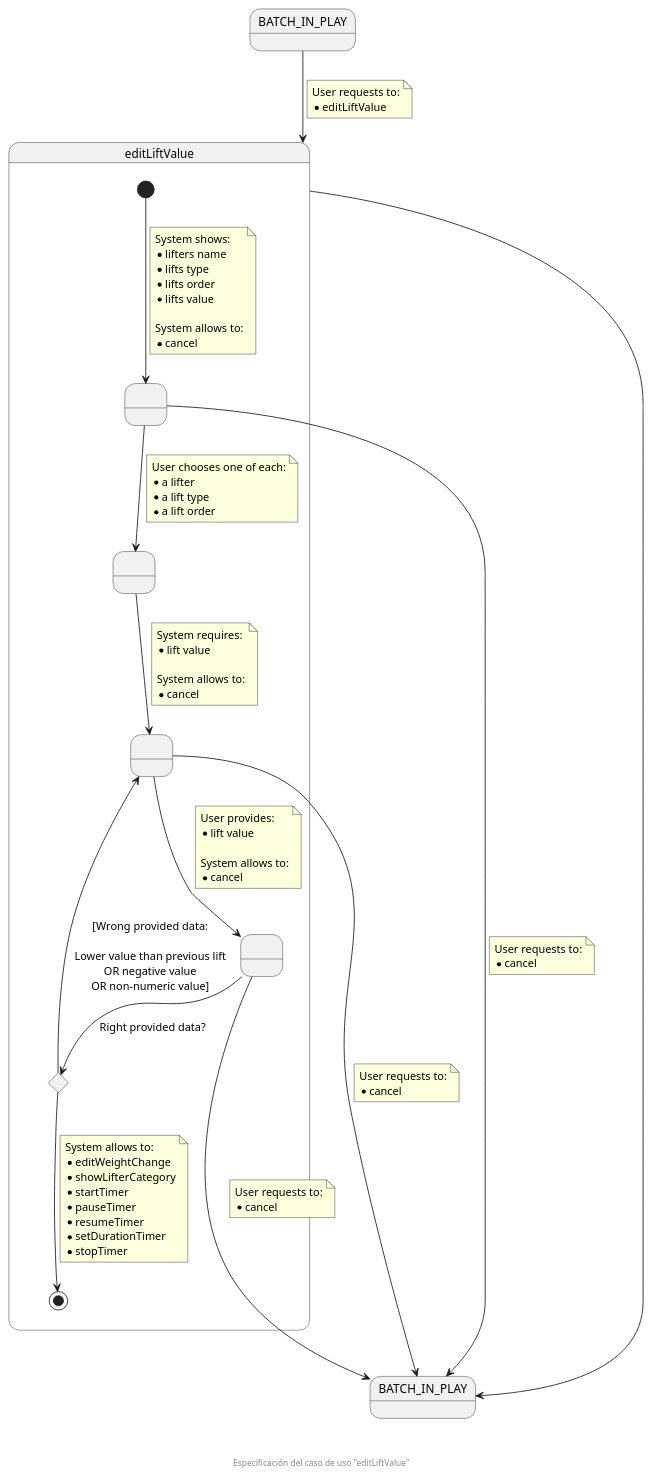
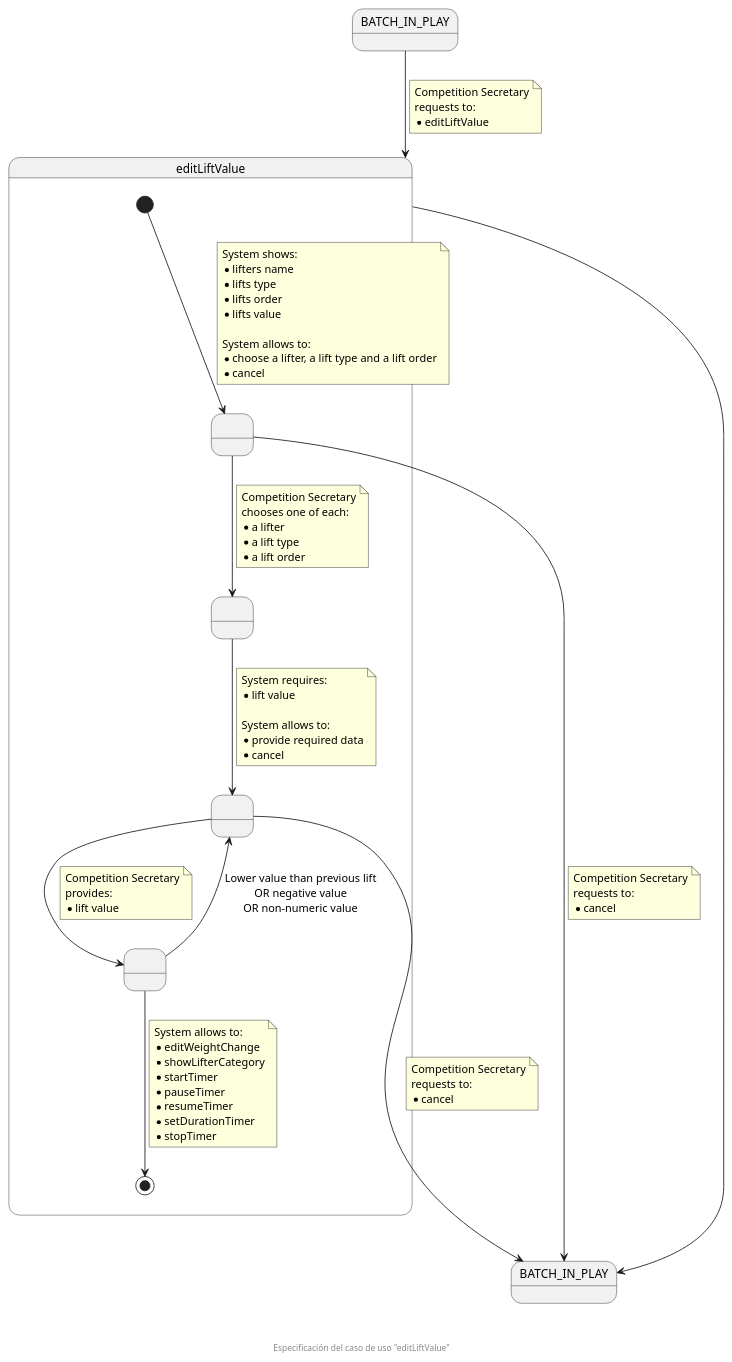
One commit to zuldare/mastercloud_pfm_halterocms changed the diagram in documentation/diagrams/1_requirements/3_useCasesSpecification/competitionSecretary/03_editLiftValue.puml. Above: the diagram before and after it, drawn with PlantUML. The commit also changed 4 other files, not shown here.

Commit message:
Fix competition secretary use cases specification

```diff
--- a/documentation/diagrams/1_requirements/3_useCasesSpecification/competitionSecretary/03_editLiftValue.puml
+++ b/documentation/diagrams/1_requirements/3_useCasesSpecification/competitionSecretary/03_editLiftValue.puml
@@ -1,94 +1,89 @@
 @startuml
 state BATCH_IN_PLAY
 state "BATCH_IN_PLAY" as BATCH_IN_PLAY_F
 state editLiftValue {
   state " " as SHOWED_LIFTS_VALUE
   state " " as CHOSEN_LIFTER
   state " " as REQUIRED_DATA
   state " " as PROVIDED_DATA
-  state wrongDataProvidedCHC <<choice>>
 
   [*] --> SHOWED_LIFTS_VALUE
   note on link
     System shows:
     * lifters name
     * lifts type
     * lifts order
     * lifts value
 
     System allows to:
+    * choose a lifter, a lift type and a lift order
     * cancel
   end note
   
   SHOWED_LIFTS_VALUE --> CHOSEN_LIFTER
   note on link
-    User chooses one of each:
+    Competition Secretary
+    chooses one of each:
     * a lifter
     * a lift type
     * a lift order
   end note
 
   SHOWED_LIFTS_VALUE -down-> BATCH_IN_PLAY_F
   note on link
-    User requests to:
+    Competition Secretary
+    requests to:
     * cancel
   end note
 
   CHOSEN_LIFTER --> REQUIRED_DATA
   note on link
     System requires:
     * lift value
 
     System allows to:
+    * provide required data
     * cancel
   end note
 
   REQUIRED_DATA -down---> BATCH_IN_PLAY_F
   note on link
-    User requests to:
+    Competition Secretary
+    requests to:
     * cancel
   end note
 
   REQUIRED_DATA --> PROVIDED_DATA
   note on link
-    User provides:
+    Competition Secretary
+    provides:
     * lift value
-
-    System allows to:
-    * cancel
   end note
 
-  PROVIDED_DATA --> wrongDataProvidedCHC : Right provided data?
-
-  wrongDataProvidedCHC --> [*]
+  PROVIDED_DATA --> [*]
   note on link
     System allows to:
     * editWeightChange
     * showLifterCategory
     * startTimer
     * pauseTimer
     * resumeTimer
     * setDurationTimer
     * stopTimer
   end note
 
 
-  wrongDataProvidedCHC --> REQUIRED_DATA : [Wrong provided data:\n\nLower value than previous lift\nOR negative value\nOR non-numeric value]
-
-  PROVIDED_DATA -down---> BATCH_IN_PLAY_F
-  note on link
-    User requests to:
-    * cancel
-  end note
+  PROVIDED_DATA --> REQUIRED_DATA : Lower value than previous lift\nOR negative value\nOR non-numeric value
 }
 
 BATCH_IN_PLAY --> editLiftValue
 note on link
-  User requests to:
+  Competition Secretary
+  requests to:
   * editLiftValue
 end note
 
 editLiftValue ---> BATCH_IN_PLAY_F
 
 footer \n\n\n Especificación del caso de uso "editLiftValue"
 @enduml
```
